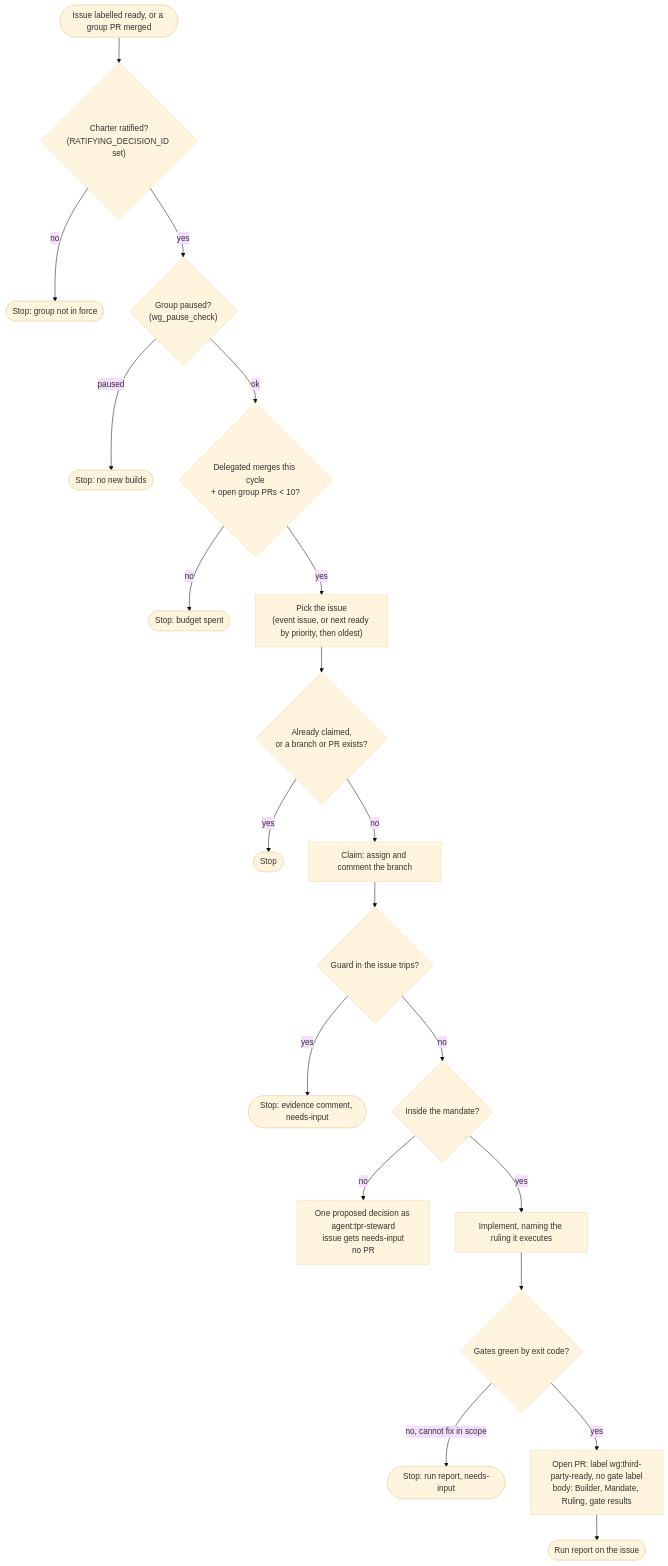
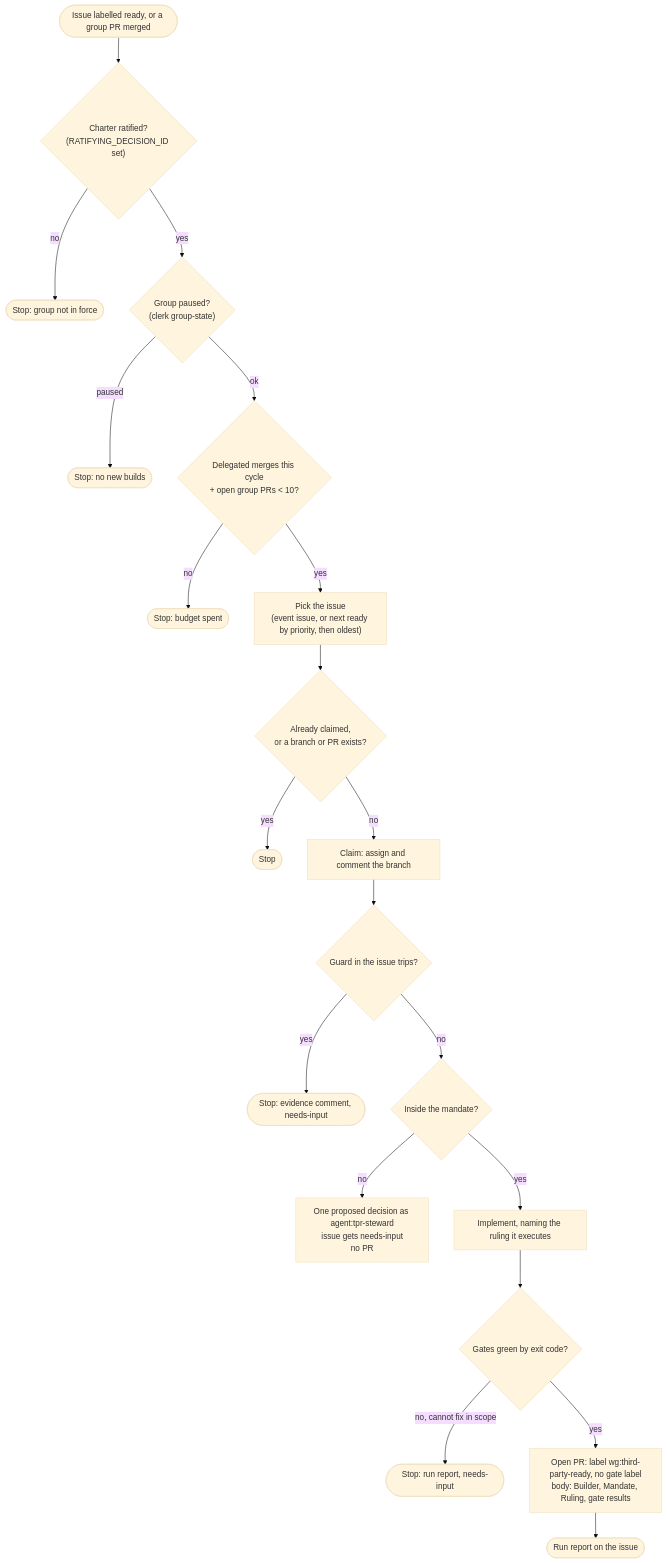
Before and after one commit to the-greenman/clerk: the third of 7 diagrams in routines/working-groups.md, drawn with Mermaid (base theme). The commit also changed other lines of this file and 22 other files, not shown here.

````diff
--- a/routines/working-groups.md
+++ b/routines/working-groups.md
@@ -64,22 +64,22 @@
 ```mermaid
 flowchart TD
   T(["Issue labelled ready, or a group PR merged"]) --> F{"Charter ratified?<br/>(RATIFYING_DECISION_ID set)"}
   F -->|no| Z0(["Stop: group not in force"])
-  F -->|yes| P{"Group paused?<br/>(wg_pause_check)"}
+  F -->|yes| P{"Group paused?<br/>(clerk group-state)"}
   P -->|paused| Z1(["Stop: no new builds"])
   P -->|ok| BU{"Delegated merges this cycle<br/>+ open group PRs < 10?"}
   BU -->|no| Z2(["Stop: budget spent"])
   BU -->|yes| PK["Pick the issue<br/>(event issue, or next ready by priority, then oldest)"]
   PK --> CL{"Already claimed,<br/>or a branch or PR exists?"}
   CL -->|yes| Z3(["Stop"])
   CL -->|no| CM["Claim: assign and comment the branch"]
   CM --> GD{"Guard in the issue trips?"}
   GD -->|yes| Z4(["Stop: evidence comment, needs-input"])
   GD -->|no| MD{"Inside the mandate?"}
   MD -->|no| ESC["One proposed decision as agent:tpr-steward<br/>issue gets needs-input<br/>no PR"]
   MD -->|yes| IM["Implement, naming the ruling it executes"]
   IM --> GT{"Gates green by exit code?"}
   GT -->|no, cannot fix in scope| Z5(["Stop: run report, needs-input"])
   GT -->|yes| PR["Open PR: label wg:third-party-ready, no gate label<br/>body: Builder, Mandate, Ruling, gate results"]
   PR --> RR(["Run report on the issue"])
 ```
````
